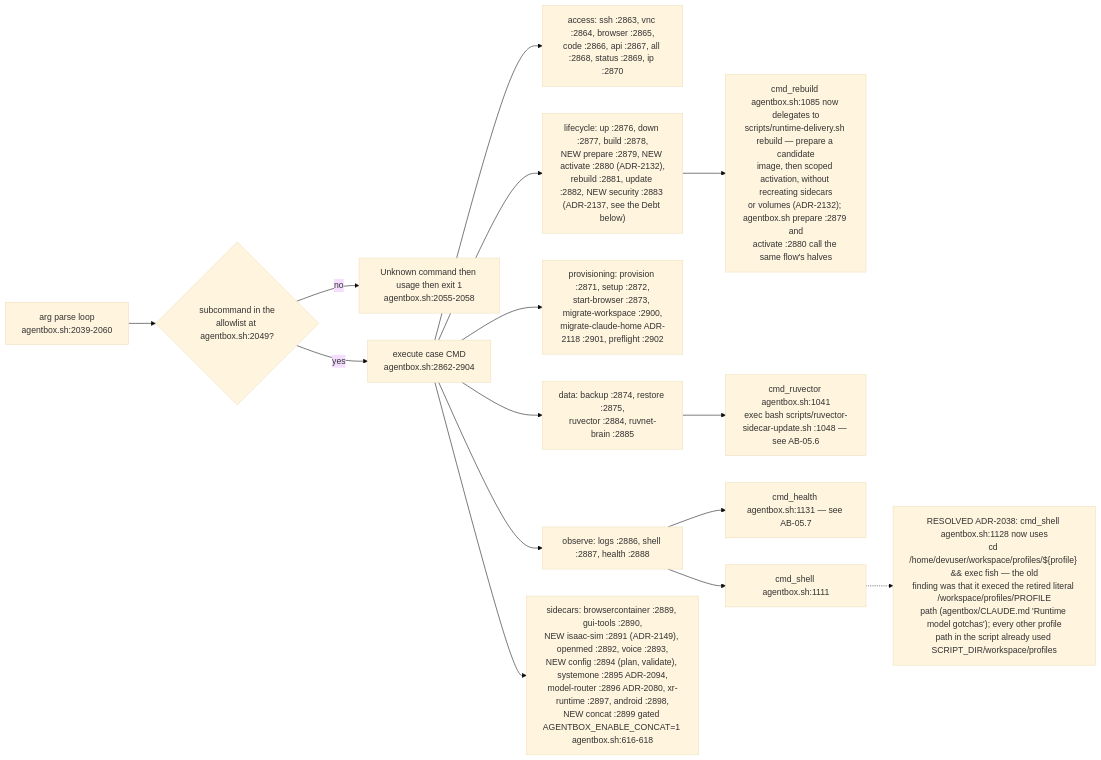
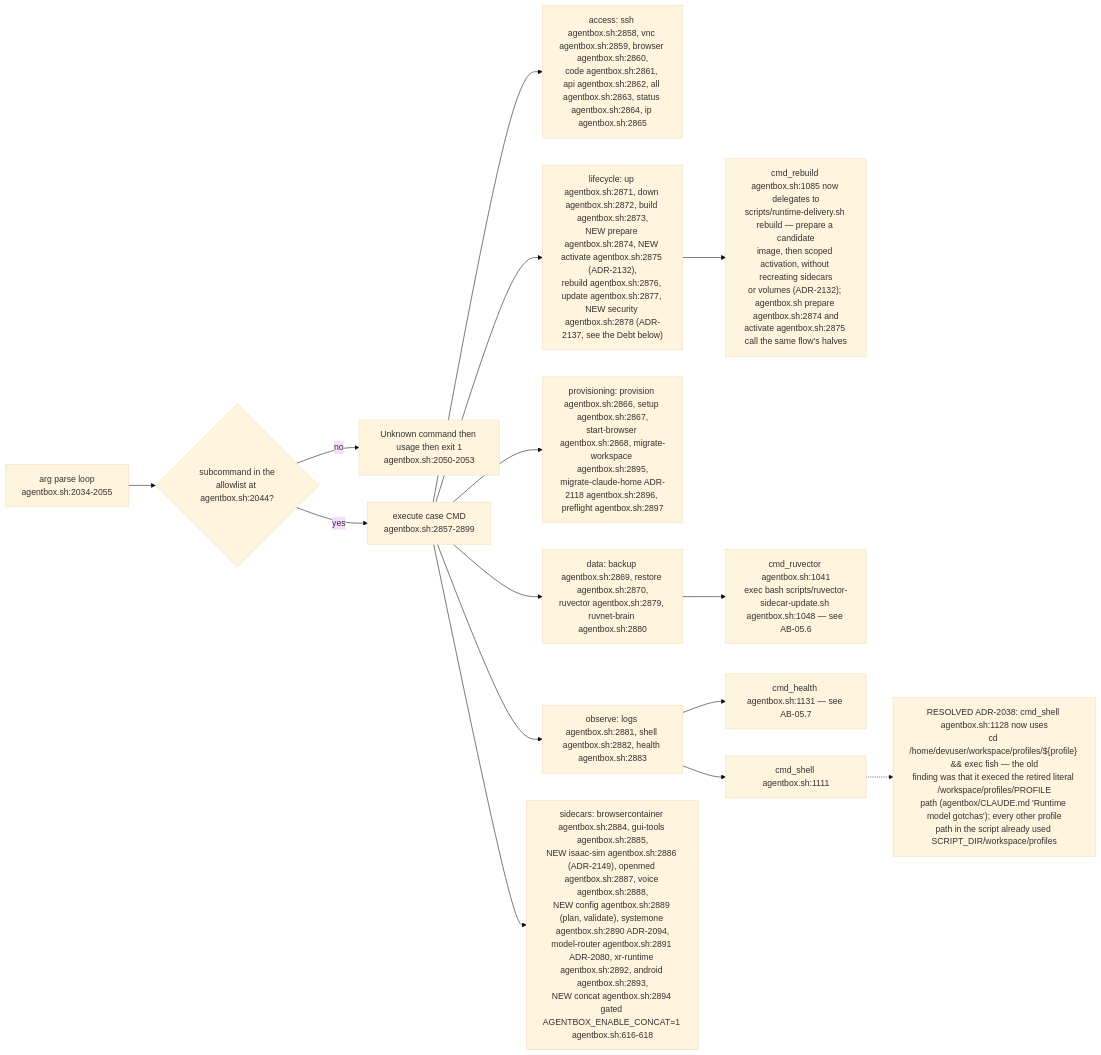
Before and after one commit to DreamLab-AI/VisionFlow: the fifth of 16 diagrams in docs/diagrams/agentbox/05-manifest-gates-and-cli.md, drawn with Mermaid (base theme). The commit also changed other lines of this file and 5 other files, not shown here.

````diff
--- a/docs/diagrams/agentbox/05-manifest-gates-and-cli.md
+++ b/docs/diagrams/agentbox/05-manifest-gates-and-cli.md
@@ -171,17 +172,17 @@
 ```mermaid
 flowchart LR
-    ARG["arg parse loop<br/>agentbox.sh:2039-2060"] --> AL{"subcommand in the<br/>allowlist at agentbox.sh:2049?"}
-    AL -->|no| ERR["Unknown command then usage then exit 1<br/>agentbox.sh:2055-2058"]
-    AL -->|yes| CASE["execute case CMD<br/>agentbox.sh:2862-2904"]
-    CASE --> G1["access: ssh :2863, vnc :2864, browser :2865,<br/>code :2866, api :2867, all :2868, status :2869, ip :2870"]
-    CASE --> G2["lifecycle: up :2876, down :2877, build :2878,<br/>NEW prepare :2879, NEW activate :2880 (ADR-2132),<br/>rebuild :2881, update :2882, NEW security :2883 (ADR-2137, see the Debt below)"]
-    CASE --> G3["provisioning: provision :2871, setup :2872,<br/>start-browser :2873, migrate-workspace :2900,<br/>migrate-claude-home ADR-2118 :2901, preflight :2902"]
-    CASE --> G4["data: backup :2874, restore :2875,<br/>ruvector :2884, ruvnet-brain :2885"]
-    CASE --> G5["observe: logs :2886, shell :2887, health :2888"]
-    CASE --> G6["sidecars: browsercontainer :2889, gui-tools :2890,<br/>NEW isaac-sim :2891 (ADR-2149), openmed :2892, voice :2893,<br/>NEW config :2894 (plan, validate), systemone :2895 ADR-2094,<br/>model-router :2896 ADR-2080, xr-runtime :2897, android :2898,<br/>NEW concat :2899 gated AGENTBOX_ENABLE_CONCAT=1 agentbox.sh:616-618"]
-    G2 --> RB["cmd_rebuild agentbox.sh:1085 now delegates to<br/>scripts/runtime-delivery.sh rebuild — prepare a candidate<br/>image, then scoped activation, without recreating sidecars<br/>or volumes (ADR-2132); agentbox.sh prepare :2879 and<br/>activate :2880 call the same flow's halves"]
-    G4 --> RV["cmd_ruvector agentbox.sh:1041<br/>exec bash scripts/ruvector-sidecar-update.sh :1048 — see AB-05.6"]
+    ARG["arg parse loop<br/>agentbox.sh:2034-2055"] --> AL{"subcommand in the<br/>allowlist at agentbox.sh:2044?"}
+    AL -->|no| ERR["Unknown command then usage then exit 1<br/>agentbox.sh:2050-2053"]
+    AL -->|yes| CASE["execute case CMD<br/>agentbox.sh:2857-2899"]
+    CASE --> G1["access: ssh agentbox.sh:2858, vnc agentbox.sh:2859, browser agentbox.sh:2860,<br/>code agentbox.sh:2861, api agentbox.sh:2862, all agentbox.sh:2863, status agentbox.sh:2864, ip agentbox.sh:2865"]
+    CASE --> G2["lifecycle: up agentbox.sh:2871, down agentbox.sh:2872, build agentbox.sh:2873,<br/>NEW prepare agentbox.sh:2874, NEW activate agentbox.sh:2875 (ADR-2132),<br/>rebuild agentbox.sh:2876, update agentbox.sh:2877, NEW security agentbox.sh:2878 (ADR-2137, see the Debt below)"]
+    CASE --> G3["provisioning: provision agentbox.sh:2866, setup agentbox.sh:2867,<br/>start-browser agentbox.sh:2868, migrate-workspace agentbox.sh:2895,<br/>migrate-claude-home ADR-2118 agentbox.sh:2896, preflight agentbox.sh:2897"]
+    CASE --> G4["data: backup agentbox.sh:2869, restore agentbox.sh:2870,<br/>ruvector agentbox.sh:2879, ruvnet-brain agentbox.sh:2880"]
+    CASE --> G5["observe: logs agentbox.sh:2881, shell agentbox.sh:2882, health agentbox.sh:2883"]
+    CASE --> G6["sidecars: browsercontainer agentbox.sh:2884, gui-tools agentbox.sh:2885,<br/>NEW isaac-sim agentbox.sh:2886 (ADR-2149), openmed agentbox.sh:2887, voice agentbox.sh:2888,<br/>NEW config agentbox.sh:2889 (plan, validate), systemone agentbox.sh:2890 ADR-2094,<br/>model-router agentbox.sh:2891 ADR-2080, xr-runtime agentbox.sh:2892, android agentbox.sh:2893,<br/>NEW concat agentbox.sh:2894 gated AGENTBOX_ENABLE_CONCAT=1 agentbox.sh:616-618"]
+    G2 --> RB["cmd_rebuild agentbox.sh:1085 now delegates to<br/>scripts/runtime-delivery.sh rebuild — prepare a candidate<br/>image, then scoped activation, without recreating sidecars<br/>or volumes (ADR-2132); agentbox.sh prepare agentbox.sh:2874 and<br/>activate agentbox.sh:2875 call the same flow's halves"]
+    G4 --> RV["cmd_ruvector agentbox.sh:1041<br/>exec bash scripts/ruvector-sidecar-update.sh agentbox.sh:1048 — see AB-05.6"]
     G5 --> HL["cmd_health agentbox.sh:1131 — see AB-05.7"]
     G5 --> SH["cmd_shell agentbox.sh:1111"]
     SH -.-> RES1["RESOLVED ADR-2038: cmd_shell agentbox.sh:1128 now uses<br/>cd /home/devuser/workspace/profiles/${profile} && exec fish — the old<br/>finding was that it execed the retired literal /workspace/profiles/PROFILE<br/>path (agentbox/CLAUDE.md 'Runtime model gotchas'); every other profile<br/>path in the script already used SCRIPT_DIR/workspace/profiles"]
 ```
````
